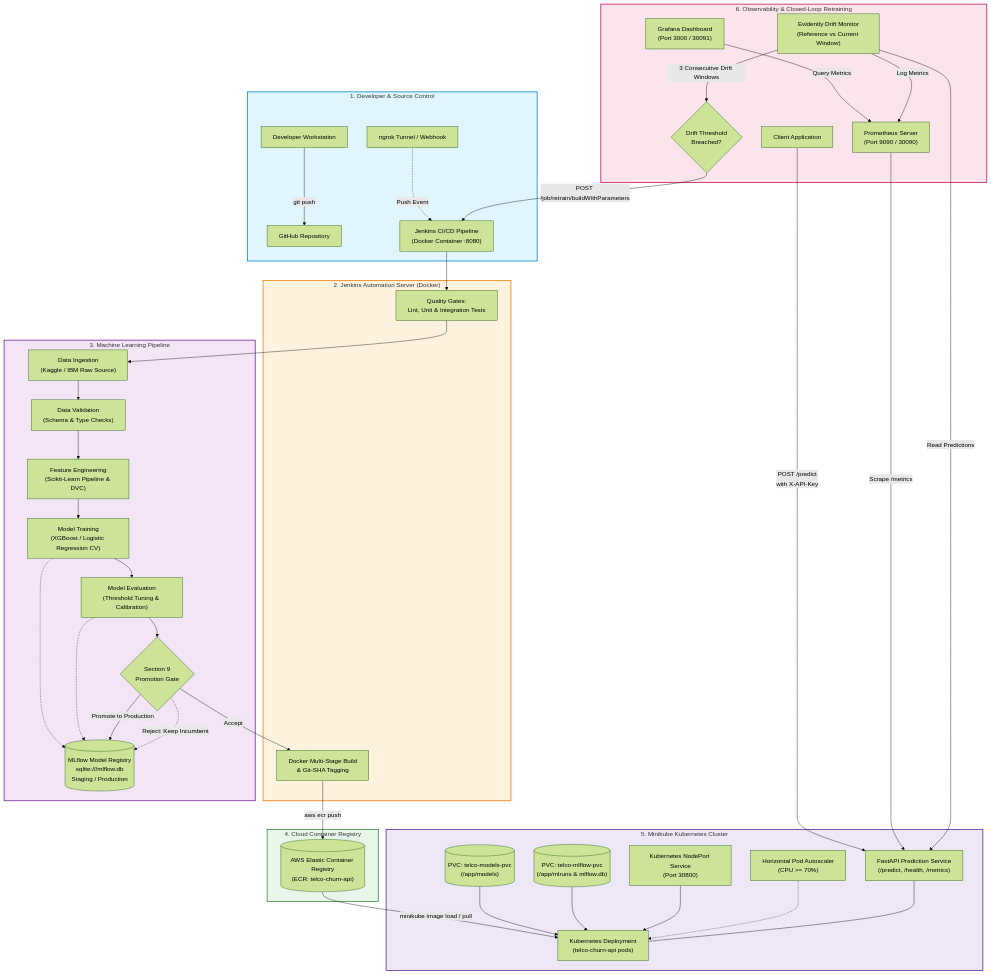
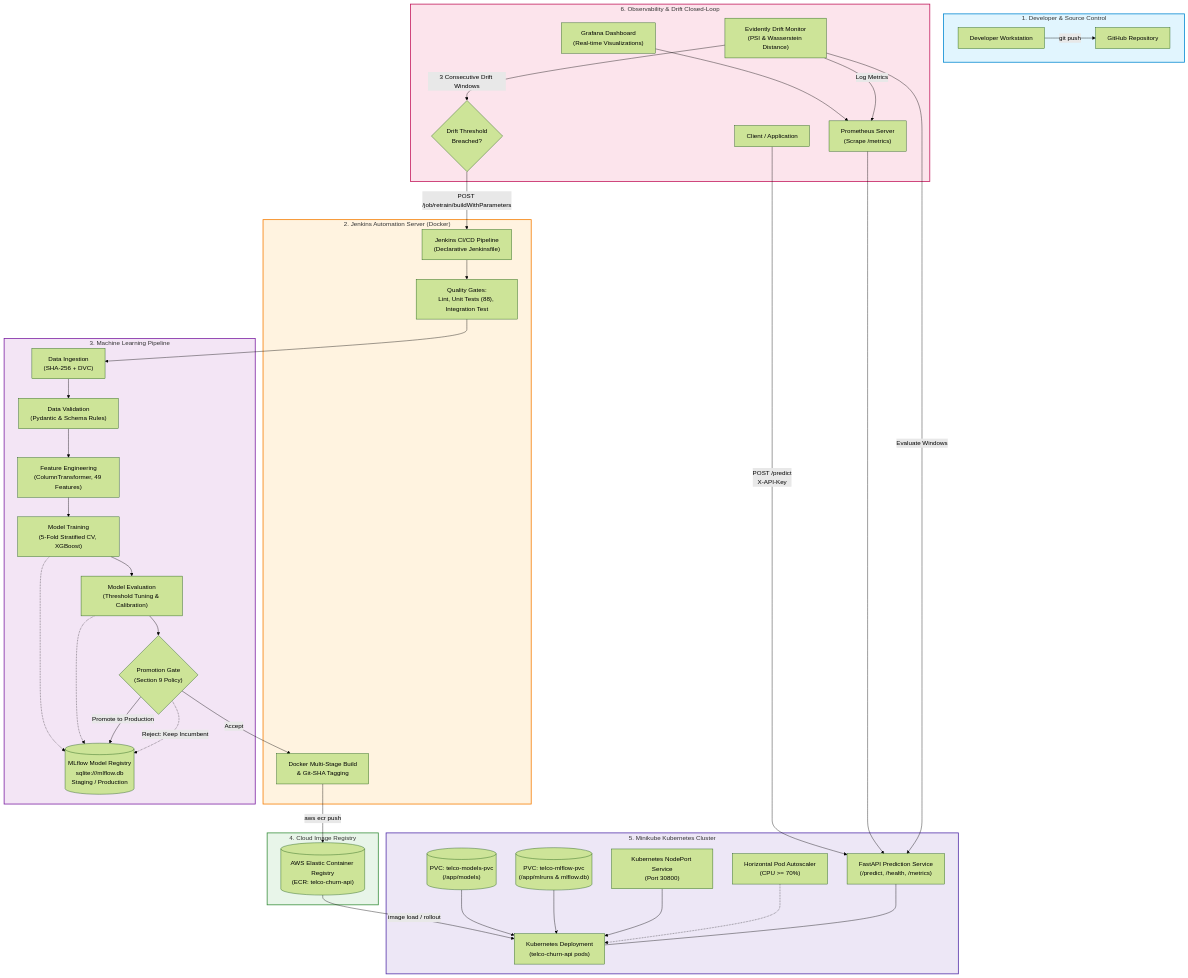
One commit to aakash1552005/telco-churn-mlops changed the first of 2 diagrams in README.md. Above: the diagram before and after it, drawn with Mermaid (forest theme). The commit also changed other lines of this file, not shown here.

````diff
--- a/README.md
+++ b/README.md
@@ -17,68 +137,67 @@
 ```mermaid
 flowchart TD
     classDef dev fill:#e1f5fe,stroke:#0288d1,stroke-width:2px;
     classDef cicd fill:#fff3e0,stroke:#f57c00,stroke-width:2px;
     classDef ml fill:#f3e5f5,stroke:#7b1fa2,stroke-width:2px;
     classDef cloud fill:#e8f5e9,stroke:#388e3c,stroke-width:2px;
     classDef k8s fill:#ede7f6,stroke:#512da8,stroke-width:2px;
     classDef obs fill:#fce4ec,stroke:#c2185b,stroke-width:2px;
 
-    subgraph DevLayer ["1. Developer & Source Control"]
+    subgraph DevSpace ["1. Developer & Source Control"]
         DEV["Developer Workstation"] -->|git push| GITHUB["GitHub Repository"]
-        NGROK["ngrok Tunnel / Webhook"] -.->|Push Event| JENKINS
     end
-    class DevLayer dev;
+    class DevSpace dev;
 
-    subgraph CICDLayer ["2. Jenkins Automation Server (Docker)"]
-        JENKINS["Jenkins CI/CD Pipeline\n(Docker Container :8080)"]
-        LINT_TEST["Quality Gates:\nLint, Unit & Integration Tests"]
+    subgraph CI_Engine ["2. Jenkins Automation Server (Docker)"]
+        JENKINS["Jenkins CI/CD Pipeline\n(Declarative Jenkinsfile)"]
+        LINT_TEST["Quality Gates:\nLint, Unit Tests (88), Integration Test"]
         BUILD_IMG["Docker Multi-Stage Build\n& Git-SHA Tagging"]
         JENKINS --> LINT_TEST
     end
-    class CICDLayer cicd;
+    class CI_Engine cicd;
 
-    subgraph MLLayer ["3. Machine Learning Pipeline"]
-        INGEST["Data Ingestion\n(Kaggle / IBM Raw Source)"]
-        VALID["Data Validation\n(Schema & Type Checks)"]
-        FEAT["Feature Engineering\n(Scikit-Learn Pipeline & DVC)"]
-        TRAIN["Model Training\n(XGBoost / Logistic Regression CV)"]
+    subgraph ML_Lifecycle ["3. Machine Learning Pipeline"]
+        INGEST["Data Ingestion\n(SHA-256 + DVC)"]
+        VALID["Data Validation\n(Pydantic & Schema Rules)"]
+        FEAT["Feature Engineering\n(ColumnTransformer, 49 Features)"]
+        TRAIN["Model Training\n(5-Fold Stratified CV, XGBoost)"]
         EVAL["Model Evaluation\n(Threshold Tuning & Calibration)"]
-        PROMOTE{"Section 9\nPromotion Gate"}
+        PROMOTE{"Promotion Gate\n(Section 9 Policy)"}
         MLFLOW[("MLflow Model Registry\nsqlite:///mlflow.db\nStaging / Production")]
 
         LINT_TEST --> INGEST --> VALID --> FEAT --> TRAIN --> EVAL --> PROMOTE
         TRAIN -.-> MLFLOW
         EVAL -.-> MLFLOW
         PROMOTE -->|Promote to Production| MLFLOW
         PROMOTE -->|Accept| BUILD_IMG
         PROMOTE -.->|Reject: Keep Incumbent| MLFLOW
     end
-    class MLLayer ml;
+    class ML_Lifecycle ml;
 
-    subgraph CloudLayer ["4. Cloud Container Registry"]
+    subgraph CloudRegistry ["4. Cloud Image Registry"]
         BUILD_IMG -->|aws ecr push| ECR[("AWS Elastic Container Registry\n(ECR: telco-churn-api)")]
     end
-    class CloudLayer cloud;
+    class CloudRegistry cloud;
 
-    subgraph K8sLayer ["5. Minikube Kubernetes Cluster"]
-        ECR -->|minikube image load / pull| K8S_DEP["Kubernetes Deployment\n(telco-churn-api pods)"]
+    subgraph K8sCluster ["5. Minikube Kubernetes Cluster"]
+        ECR -->|image load / rollout| K8S_DEP["Kubernetes Deployment\n(telco-churn-api pods)"]
         PVC_MODELS[("PVC: telco-models-pvc\n(/app/models)")] --> K8S_DEP
         PVC_MLFLOW[("PVC: telco-mlflow-pvc\n(/app/mlruns & mlflow.db)")] --> K8S_DEP
         K8S_SVC["Kubernetes NodePort Service\n(Port 30800)"] --> K8S_DEP
         HPA["Horizontal Pod Autoscaler\n(CPU >= 70%)"] -.-> K8S_DEP
         API["FastAPI Prediction Service\n(/predict, /health, /metrics)"] --- K8S_DEP
     end
-    class K8sLayer k8s;
+    class K8sCluster k8s;
 
-    subgraph ObsLayer ["6. Observability & Closed-Loop Retraining"]
-        CLIENT["Client Application"] -->|POST /predict\nwith X-API-Key| API
-        PROM["Prometheus Server\n(Port 9090 / 30090)"] -->|Scrape /metrics| API
-        GRAFANA["Grafana Dashboard\n(Port 3000 / 30091)"] -->|Query Metrics| PROM
+    subgraph ObservabilityLoop ["6. Observability & Drift Closed-Loop"]
+        CLIENT["Client / Application"] -->|POST /predict\nX-API-Key| API
+        PROM["Prometheus Server\n(Scrape /metrics)"] --> API
+        GRAFANA["Grafana Dashboard\n(Real-time Visualizations)"] --> PROM
 
-        DRIFT["Evidently Drift Monitor\n(Reference vs Current Window)"] -->|Read Predictions| API
+        DRIFT["Evidently Drift Monitor\n(PSI & Wasserstein Distance)"] -->|Evaluate Windows| API
         DRIFT -->|Log Metrics| PROM
         DRIFT -->|3 Consecutive Drift Windows| RETRIGGER{"Drift Threshold\nBreached?"}
         RETRIGGER -->|POST /job/retrain/buildWithParameters| JENKINS
     end
-    class ObsLayer obs;
+    class ObservabilityLoop obs;
 ```
````
